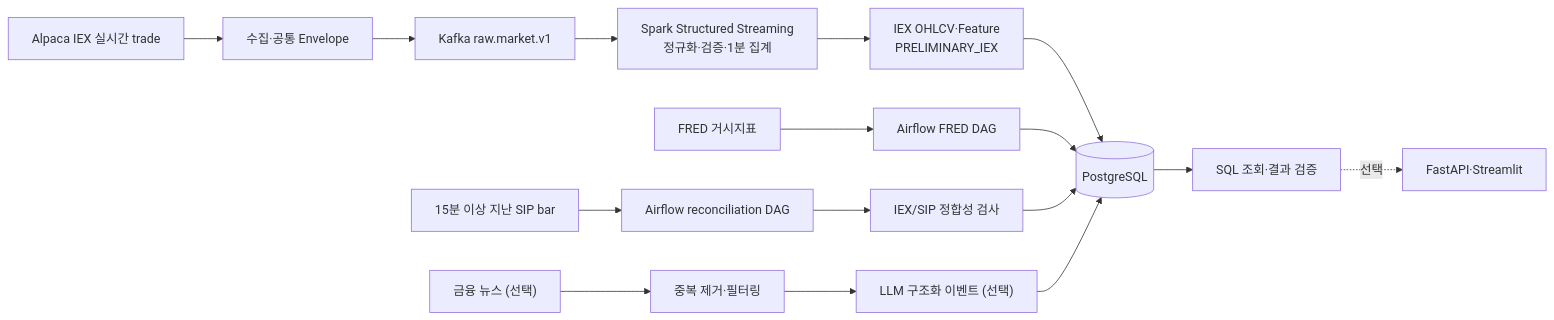
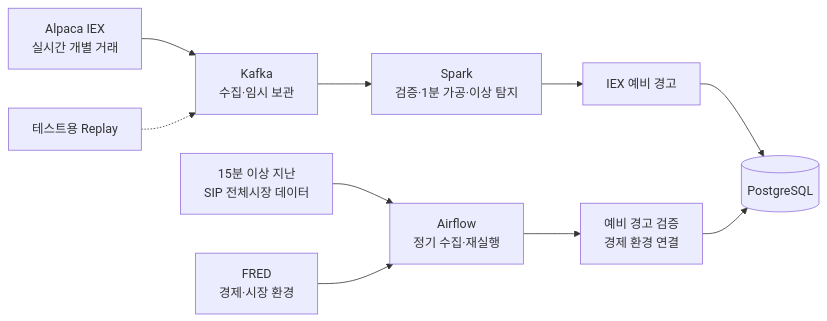
The diagram in README.md (hjh6709/us-market-intelligence-pipeline), drawn with Mermaid before and after one commit. The commit also changed other lines of this file, not shown here.

````diff
--- a/README.md
+++ b/README.md
@@ -95,21 +68,13 @@
 ```mermaid
 flowchart LR
-    Market["Alpaca IEX 실시간 trade"] --> Collector["수집·공통 Envelope"]
-    Collector --> Kafka["Kafka raw.market.v1"]
-    Kafka --> Spark["Spark Structured Streaming\n정규화·검증·1분 집계"]
-    Spark --> Bars["IEX OHLCV·Feature\nPRELIMINARY_IEX"]
-    Bars --> DB[("PostgreSQL")]
+    Live["Alpaca IEX<br/>실시간 개별 거래"] --> Kafka["Kafka<br/>수집·임시 보관"]
+    Replay["테스트용 Replay"] -.-> Kafka
+    Kafka --> Spark["Spark<br/>검증·1분 가공·이상 탐지"]
+    Spark --> Preliminary["IEX 예비 경고"]
+    Preliminary --> DB[("PostgreSQL")]
 
-    Macro["FRED 거시지표"] --> MacroDAG["Airflow FRED DAG"]
-    MacroDAG --> DB
-    SIP["15분 이상 지난 SIP bar"] --> ReconcileDAG["Airflow reconciliation DAG"]
-    ReconcileDAG --> Reconcile["IEX/SIP 정합성 검사"]
-    Reconcile --> DB
-
-    News["금융 뉴스 (선택)"] --> Filter["중복 제거·필터링"]
-    Filter --> Event["LLM 구조화 이벤트 (선택)"]
-    Event --> DB
-
-    DB --> Query["SQL 조회·결과 검증"]
-    Query -. 선택 .-> API["FastAPI·Streamlit"]
+    SIP["15분 이상 지난<br/>SIP 전체시장 데이터"] --> Airflow["Airflow<br/>정기 수집·재실행"]
+    FRED["FRED<br/>경제·시장 환경"] --> Airflow
+    Airflow --> Verify["예비 경고 검증<br/>경제 환경 연결"]
+    Verify --> DB
 ```
````
